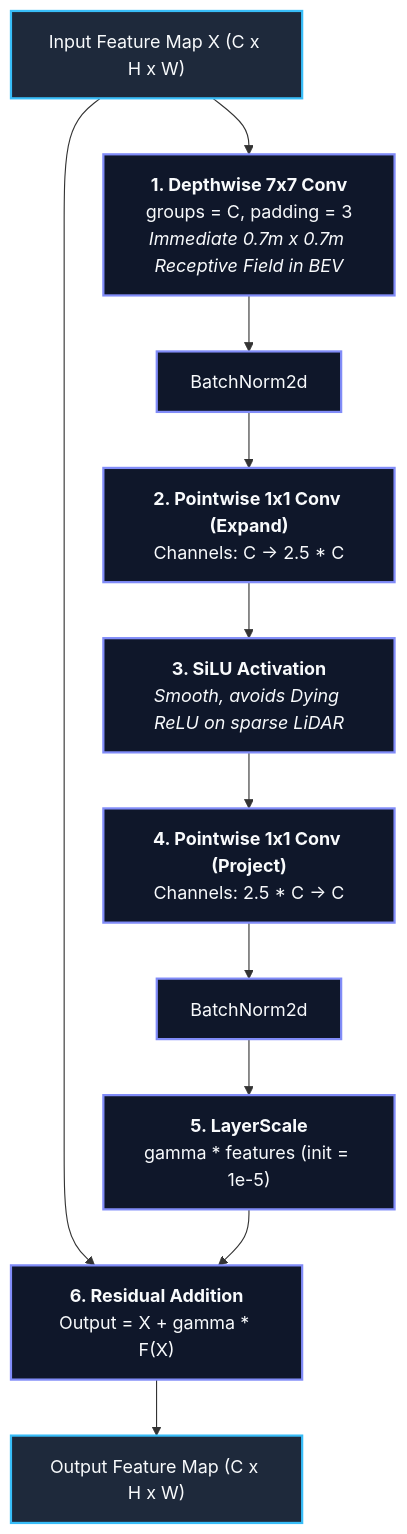
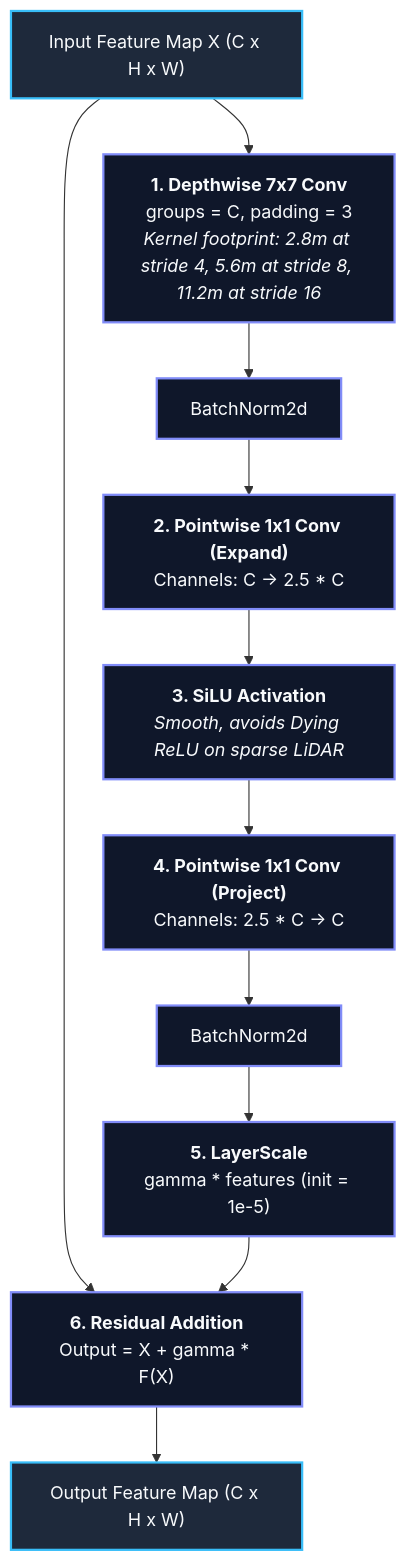
One commit to danhyoyo/Lidar changed the second of 2 diagrams in docs/mobilepixornext_architecture.md. Above: the diagram before and after it, drawn with Mermaid. The commit also changed other lines of this file and 21 other files, not shown here.

````diff
--- a/docs/mobilepixornext_architecture.md
+++ b/docs/mobilepixornext_architecture.md
@@ -99,27 +99,27 @@
 ```mermaid
 flowchart TD
     classDef main fill:#1e293b,stroke:#38bdf8,stroke-width:2px,color:#f8fafc;
     classDef op fill:#0f172a,stroke:#818cf8,stroke-width:2px,color:#f8fafc;
 
     X["Input Feature Map X (C x H x W)"]:::main
     
-    DW["<b>1. Depthwise 7x7 Conv</b><br/>groups = C, padding = 3<br/><i>Immediate 0.7m x 0.7m Receptive Field in BEV</i>"]:::op
+    DW["<b>1. Depthwise 7x7 Conv</b><br/>groups = C, padding = 3<br/><i>Kernel footprint: 2.8m at stride 4, 5.6m at stride 8, 11.2m at stride 16</i>"]:::op
     BN1["BatchNorm2d"]:::op
     PW1["<b>2. Pointwise 1x1 Conv (Expand)</b><br/>Channels: C -> 2.5 * C"]:::op
     ACT["<b>3. SiLU Activation</b><br/><i>Smooth, avoids Dying ReLU on sparse LiDAR</i>"]:::op
     PW2["<b>4. Pointwise 1x1 Conv (Project)</b><br/>Channels: 2.5 * C -> C"]:::op
     BN2["BatchNorm2d"]:::op
     SCALE["<b>5. LayerScale</b><br/>gamma * features (init = 1e-5)"]:::op
     ADD["<b>6. Residual Addition</b><br/>Output = X + gamma * F(X)"]:::op
 
     X --> DW
     DW --> BN1
     BN1 --> PW1
     PW1 --> ACT
     ACT --> PW2
     PW2 --> BN2
     BN2 --> SCALE
     X ---> ADD
     SCALE --> ADD
     ADD --> OUT["Output Feature Map (C x H x W)"]:::main
 ```
````
